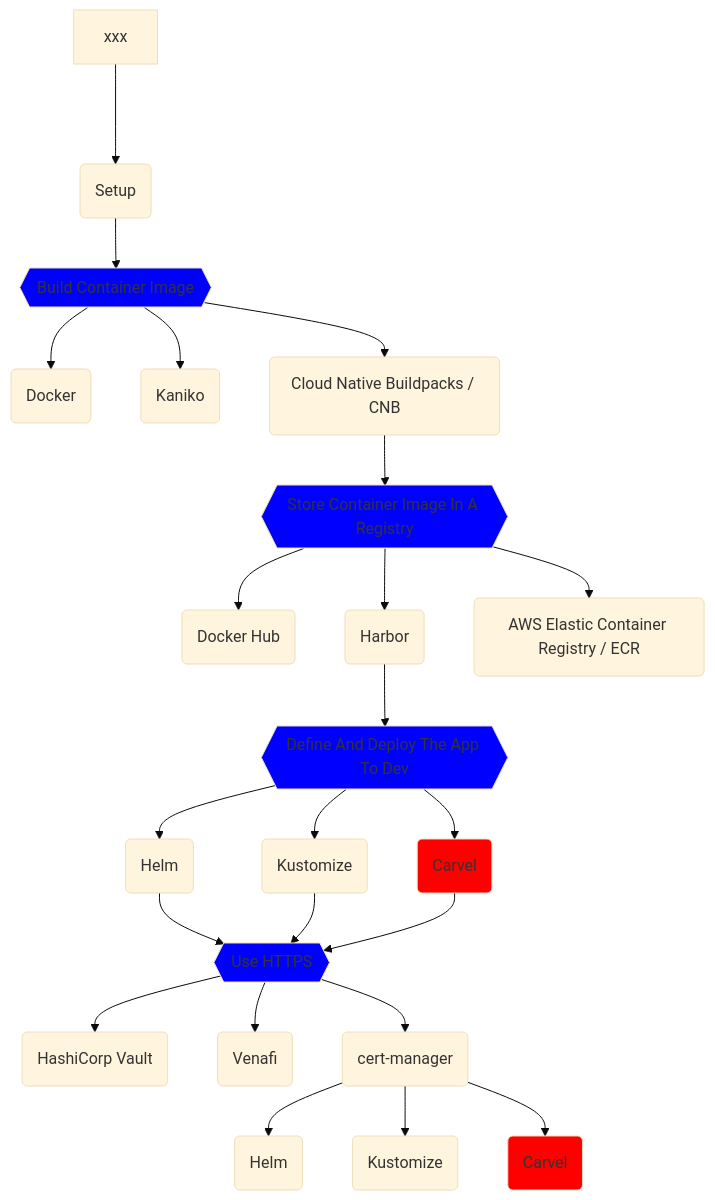
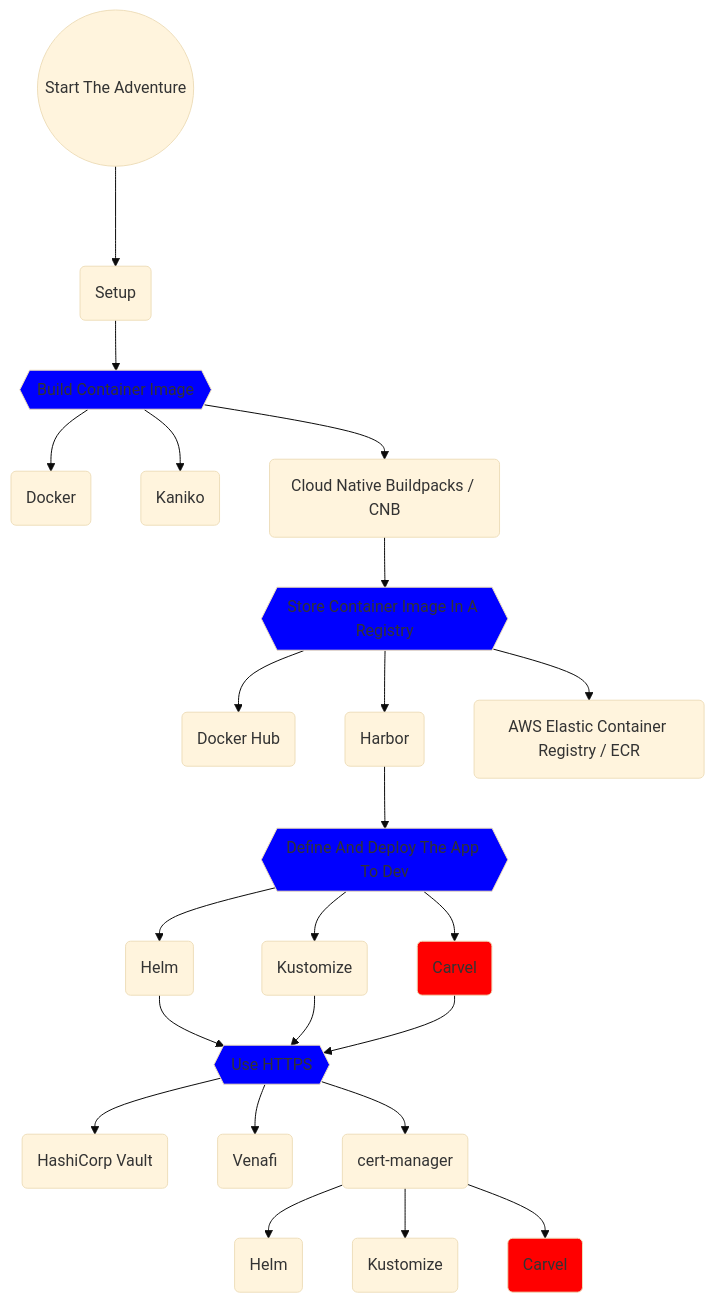
One commit to vfarcic/cncf-demo changed the diagram in solution.md. Above: the diagram before and after it, drawn with Mermaid (base theme).

````diff
--- a/solution.md
+++ b/solution.md
@@ -3,75 +3,77 @@
 ```mermaid
 flowchart TD;
 
-    xxx--->setup
+    start((Start The Adventure))
+
+    start--->setup
 
     setup(Setup);
     click setup "vfarcic/cncf-demo/blob/main/manuscript/setup.md"
 
     setup-->bci
 
     bci{{Build Container Image}}
     click bci "vfarcic/cncf-demo/blob/main/manuscript/build-container-image/story.md"
     style bci fill:blue
     bci1(Docker)
     click bci1 "vfarcic/cncf-demo/blob/main/manuscript/build-container-image/docker.md"
     bci2(Kaniko)
     click bci2 "vfarcic/cncf-demo/blob/main/manuscript/build-container-image/kaniko.md"
     bci3(Cloud Native Buildpacks / CNB)
     click bci3 "vfarcic/cncf-demo/blob/main/manuscript/build-container-image/buildpacks.md"
 
     bci-->bci1;
     bci-->bci2;
     bci-->bci3-->registry;
 
     registry{{Store Container Image In A Registry}}
     click registry "vfarcic/cncf-demo/blob/main/manuscript/registry/story.md"
     style registry fill:blue
     registry1(Docker Hub)
     click registry1 "vfarcic/cncf-demo/blob/main/manuscript/registry/docker-hub.md"
     registry2(Harbor)
     click registry2 "vfarcic/cncf-demo/blob/main/manuscript/registry/harbor.md"
     registry3(AWS Elastic Container Registry / ECR)
     click registry3 "vfarcic/cncf-demo/blob/main/manuscript/registry/ecr.md"
 
     registry-->registry1;
     registry-->registry2-->ddd;
     registry-->registry3;
 
     ddd{{Define And Deploy The App To Dev}}
     click ddd "vfarcic/cncf-demo/blob/main/manuscript/define-deploy-dev/story.md"
     style ddd fill:blue
     ddd1(Helm)
     click ddd1 "vfarcic/cncf-demo/blob/main/manuscript/define-deploy-dev/helm.md"
     ddd2(Kustomize)
     click ddd2 "vfarcic/cncf-demo/blob/main/manuscript/define-deploy-dev/kustomize.md"
     ddd3(Carvel)
     style ddd3 fill:red
 
     ddd-->ddd1-->https;
     ddd-->ddd2-->https;
     ddd-->ddd3-->https;
 
     https{{Use HTTPS}}
     click https "vfarcic/cncf-demo/blob/main/manuscript/https/story.md"
     style https fill:blue
     https1(HashiCorp Vault)
     click https1 "vfarcic/cncf-demo/blob/main/manuscript/https/vault.md"
     https2(Venafi)
     click https2 "vfarcic/cncf-demo/blob/main/manuscript/https/venafi.md"
     https3(cert-manager)
     click https3 "vfarcic/cncf-demo/blob/main/manuscript/https/cert-manager.md"
     https3-helm(Helm)
     click https3-helm "vfarcic/cncf-demo/blob/main/manuscript/https/cert-manager-helm.md"
     https3-kustomize(Kustomize)
     click https3-kustomize "vfarcic/cncf-demo/blob/main/manuscript/https/cert-manager-kustomize.md"
     https3-carvel(Carvel)
     style https3-carvel fill:red
 
     https-->https1;
     https-->https2;
     https-->https3;
     https3-->https3-helm;
     https3-->https3-kustomize;
     https3-->https3-carvel;
 ```
````
